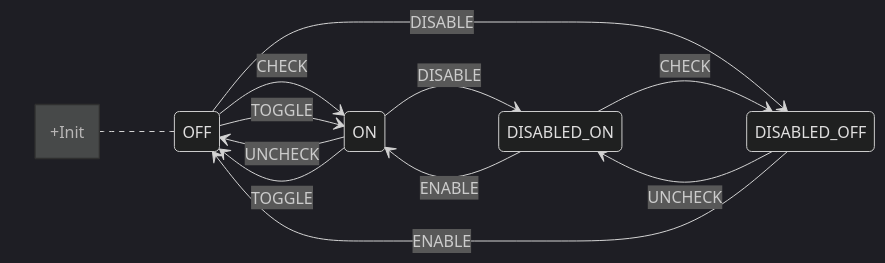
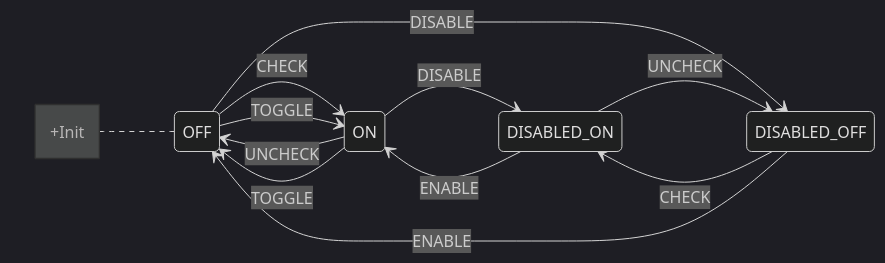
The fourth of 7 diagrams in docs/concepts/999_design_examples.md (tfcp68/yantrix), drawn with Mermaid (dark theme) before and after one commit. The commit also changed other lines of this file and 1 other file, not shown here.

````diff
--- a/docs/concepts/999_design_examples.md
+++ b/docs/concepts/999_design_examples.md
@@ -63,17 +63,17 @@
 ```mermaid
 stateDiagram-v2
 	direction LR
 	OFF --> ON: CHECK
 	ON --> OFF: UNCHECK
 	OFF --> ON: TOGGLE
 	ON --> OFF: TOGGLE
 	ON --> DISABLED_ON: DISABLE
 	OFF --> DISABLED_OFF: DISABLE
 	DISABLED_ON --> ON: ENABLE
-	DISABLED_ON --> DISABLED_OFF: CHECK
-	DISABLED_OFF --> DISABLED_ON: UNCHECK
+	DISABLED_ON --> DISABLED_OFF: UNCHECK
+	DISABLED_OFF --> DISABLED_ON: CHECK
 	DISABLED_OFF --> OFF: ENABLE
 	note left of OFF
 		+Init
 	end note
 ```
````
